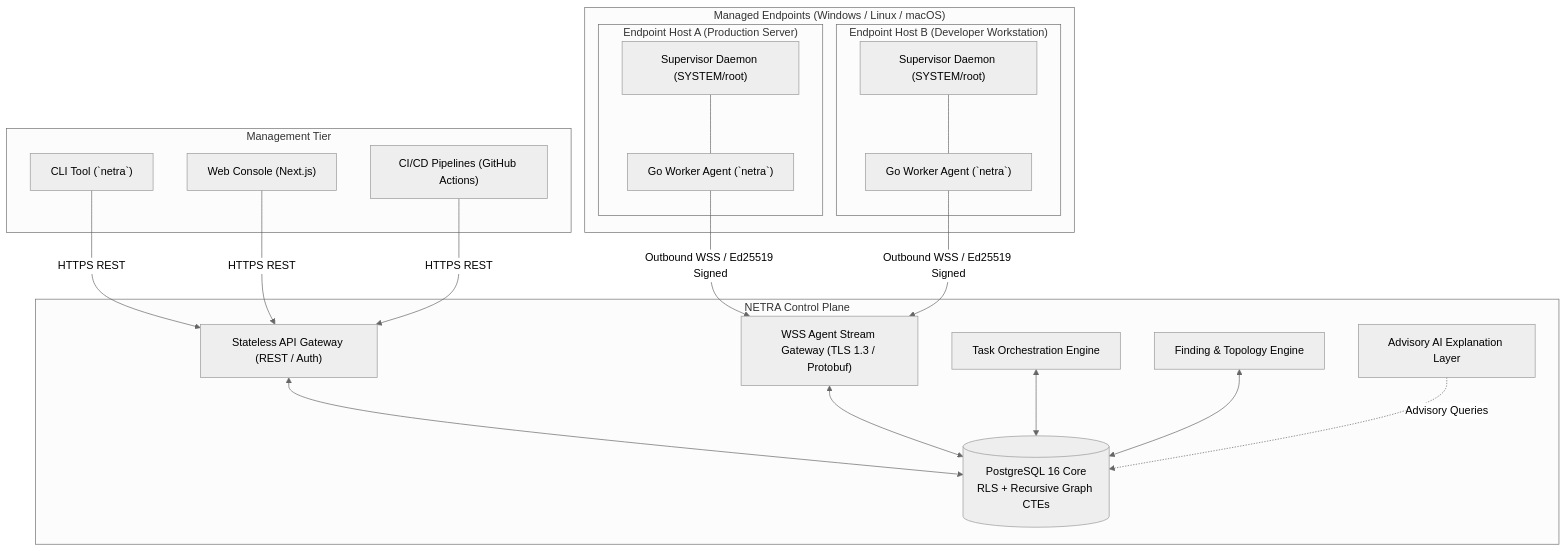
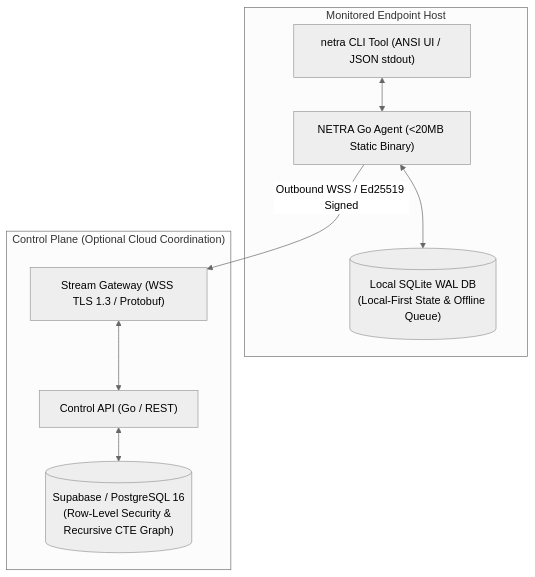
The first of 2 diagrams in README.md (Subhadip-Paul2006/NETRA-Backend), drawn with Mermaid (neutral theme) before and after one commit. The commit also changed other lines of this file and 15 other files, not shown here.

Commit message:
docs: establish authoritative open-source academic architecture & technical specification suite

````diff
--- a/README.md
+++ b/README.md
@@ -51,43 +41,22 @@
 ```mermaid
 flowchart TD
-    subgraph Management["Management Tier"]
-        CLI["CLI Tool (`netra`)"]
-        UI["Web Console (Next.js)"]
-        CI["CI/CD Pipelines (GitHub Actions)"]
+    subgraph Host["Monitored Endpoint Host"]
+        Agent["NETRA Go Agent (<20MB Static Binary)"]
+        SQLite[("Local SQLite WAL DB<br/>(Local-First State & Offline Queue)")]
+        CLI["netra CLI Tool (ANSI UI / JSON stdout)"]
+        
+        Agent <--> SQLite
+        CLI <--> Agent
     end
 
-    subgraph ControlPlane["NETRA Control Plane"]
-        Gateway["Stateless API Gateway (REST / Auth)"]
-        WSS["WSS Agent Stream Gateway (TLS 1.3 / Protobuf)"]
-        TaskEng["Task Orchestration Engine"]
-        FindEng["Finding & Topology Engine"]
-        AIEng["Advisory AI Explanation Layer"]
-        DB[(PostgreSQL 16 Core<br/>RLS + Recursive Graph CTEs)]
-
-        Gateway <--> DB
-        WSS <--> DB
-        TaskEng <--> DB
-        FindEng <--> DB
-        AIEng -. Advisory Queries .-> DB
+    subgraph ControlPlane["Control Plane (Optional Cloud Coordination)"]
+        Gateway["Stream Gateway (WSS TLS 1.3 / Protobuf)"]
+        ControlAPI["Control API (Go / REST)"]
+        Postgres[("Supabase / PostgreSQL 16<br/>(Row-Level Security & Recursive CTE Graph)")]
+        
+        Gateway <--> ControlAPI
+        ControlAPI <--> Postgres
     end
 
-    subgraph Endpoints["Managed Endpoints (Windows / Linux / macOS)"]
-        subgraph HostA["Endpoint Host A (Production Server)"]
-            SupA["Supervisor Daemon (SYSTEM/root)"]
-            WorkA["Go Worker Agent (`netra`)"]
-            SupA --- WorkA
-        end
-        subgraph HostB["Endpoint Host B (Developer Workstation)"]
-            SupB["Supervisor Daemon (SYSTEM/root)"]
-            WorkB["Go Worker Agent (`netra`)"]
-            SupB --- WorkB
-        end
-    end
-
-    CLI -->|HTTPS REST| Gateway
-    UI -->|HTTPS REST| Gateway
-    CI -->|HTTPS REST| Gateway
-
-    WorkA -->|Outbound WSS / Ed25519 Signed| WSS
-    WorkB -->|Outbound WSS / Ed25519 Signed| WSS
+    Agent -->|Outbound WSS / Ed25519 Signed| Gateway
 ```
````
